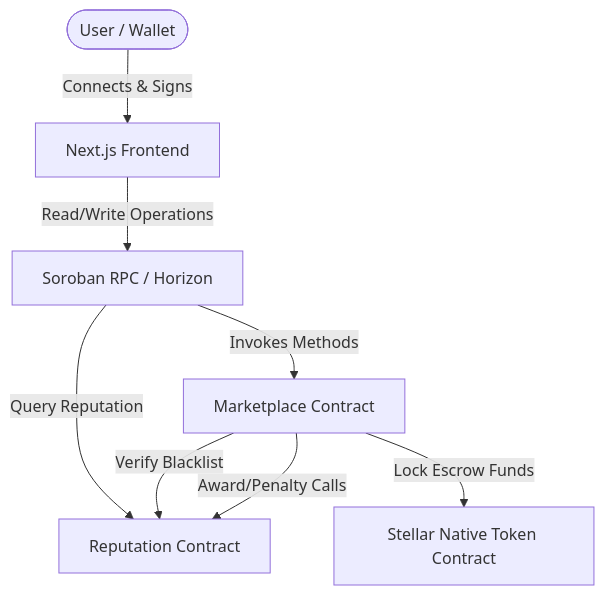
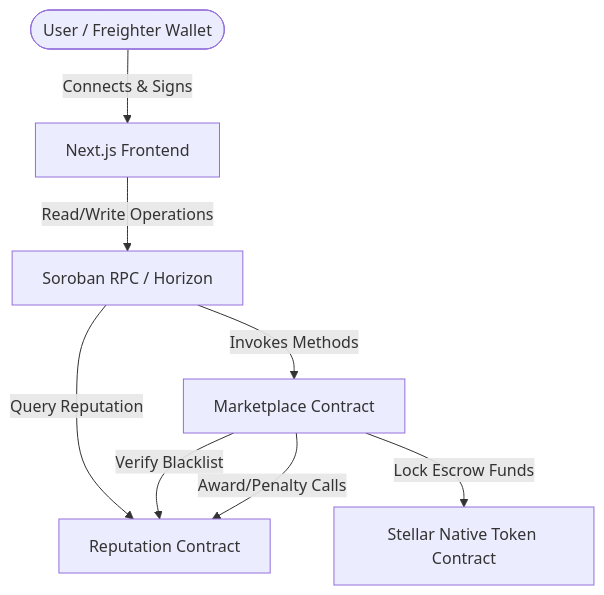
Before and after one commit to shouvik7majumdar/euipment-rental-marketplace: the first of 2 diagrams in README.md, drawn with Mermaid. The commit also changed other lines of this file, not shown here.

````diff
--- a/README.md
+++ b/README.md
@@ -22,11 +43,11 @@
 ```mermaid
 graph TD
-    User([User / Wallet]) -->|Connects & Signs| FE[Next.js Frontend]
+    User([User / Freighter Wallet]) -->|Connects & Signs| FE[Next.js Frontend]
     FE -->|Read/Write Operations| RPC[Soroban RPC / Horizon]
     RPC -->|Invokes Methods| MCA[Marketplace Contract]
     RPC -->|Query Reputation| RCB[Reputation Contract]
     
     MCA -->|Verify Blacklist| RCB
     MCA -->|Award/Penalty Calls| RCB
     MCA -->|Lock Escrow Funds| StellarToken[Stellar Native Token Contract]
 ```
````
